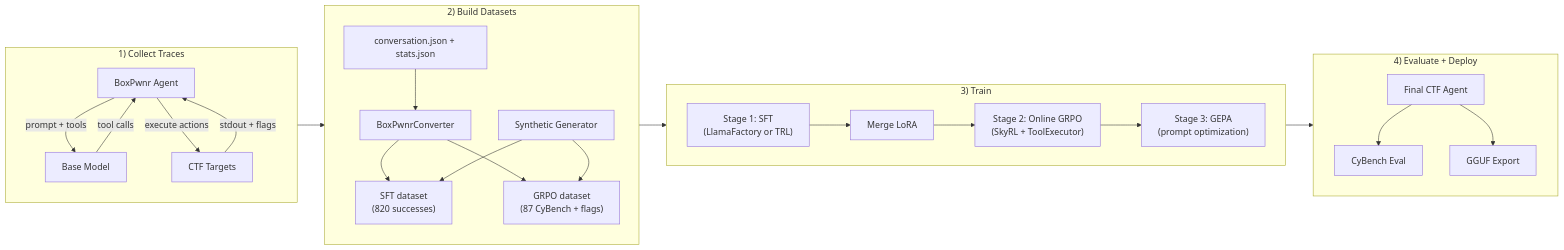
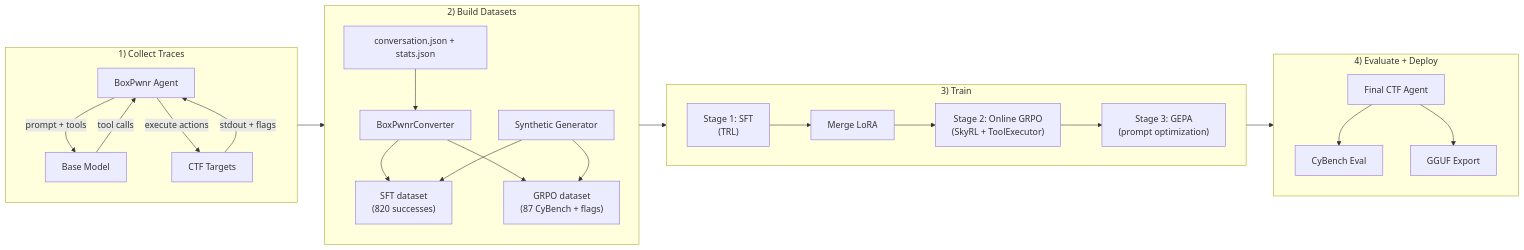
One commit to westonbrown/open-ctf-env changed the first of 3 diagrams in README.md. Above: the diagram before and after it, drawn with Mermaid. The commit also changed other lines of this file and 35 other files, not shown here.

Commit message:
Remove LlamaFactory and simplify SFT training

````diff
--- a/README.md
+++ b/README.md
@@ -18,31 +18,31 @@
 ```mermaid
 flowchart LR
     subgraph collect["1) Collect Traces"]
         box["BoxPwnr Agent"] -- "prompt + tools" --> model["Base Model"]
         model -- "tool calls" --> box
         box -- "execute actions" --> targets["CTF Targets"]
         targets -- "stdout + flags" --> box
     end
 
     subgraph convert["2) Build Datasets"]
         traces["conversation.json + stats.json"] --> converter["BoxPwnrConverter"]
         converter --> sft_data["SFT dataset<br/>(820 successes)"]
         converter --> grpo_data["GRPO dataset<br/>(87 CyBench + flags)"]
         synth["Synthetic Generator"] --> sft_data
         synth --> grpo_data
     end
 
     subgraph train["3) Train"]
         direction LR
-        sft["Stage 1: SFT<br/>(LlamaFactory or TRL)"] --> merge["Merge LoRA"]
+        sft["Stage 1: SFT<br/>(TRL)"] --> merge["Merge LoRA"]
         merge --> grpo["Stage 2: Online GRPO<br/>(SkyRL + ToolExecutor)"]
         grpo --> gepa["Stage 3: GEPA<br/>(prompt optimization)"]
     end
 
     subgraph deploy["4) Evaluate + Deploy"]
         final_model["Final CTF Agent"] --> eval_bench["CyBench Eval"]
         final_model --> export["GGUF Export"]
     end
 
     collect --> convert --> train --> deploy
 ```
````
